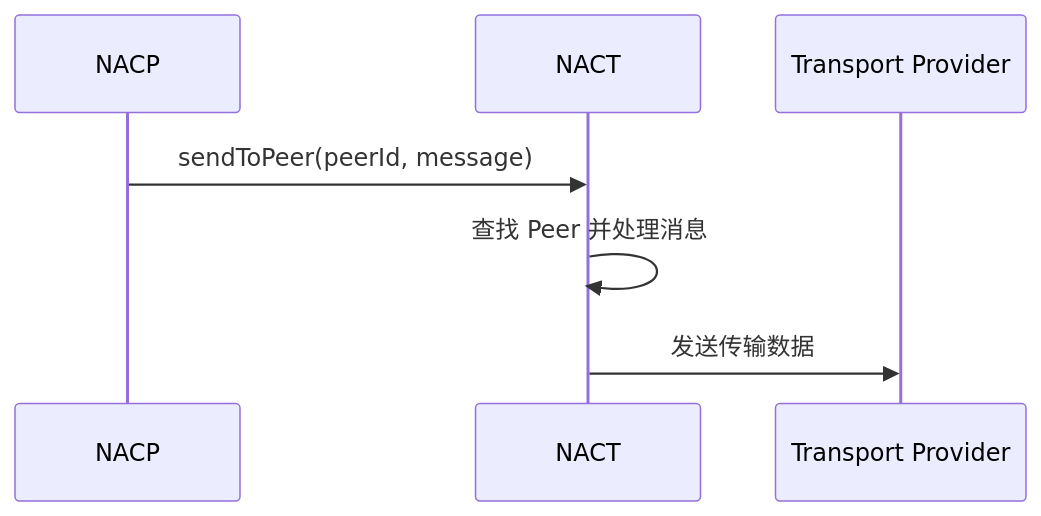
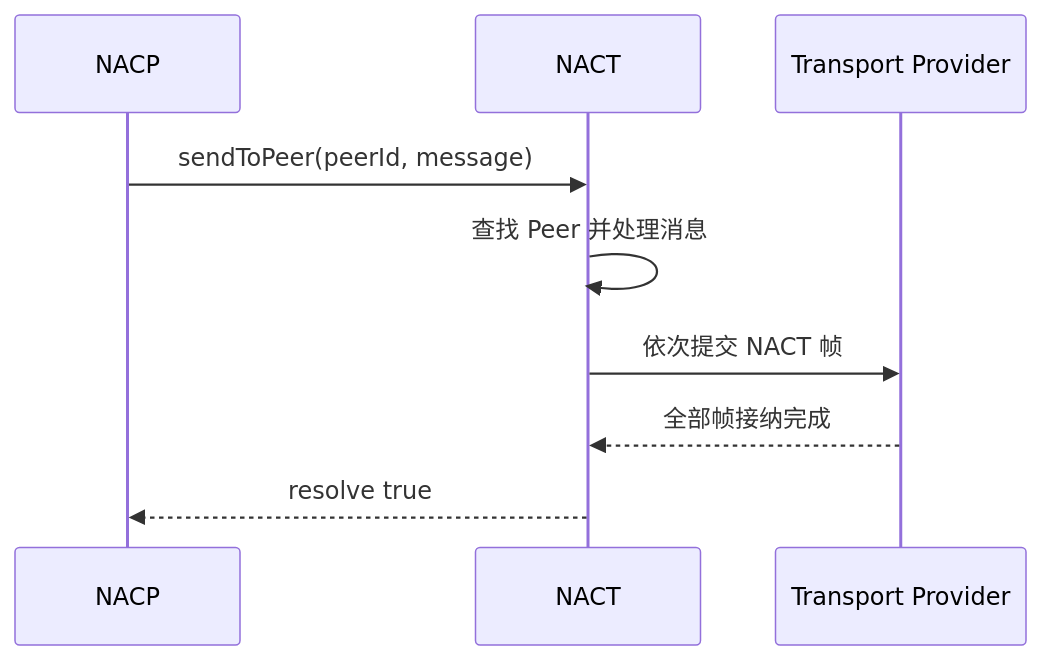
The second of 3 diagrams in docs/transport/nact/inbound-outbound.md (ChenYFan/NASDK), drawn with Mermaid before and after one commit. The commit also changed other lines of this file and 182 other files, not shown here.

````diff
--- a/docs/transport/nact/inbound-outbound.md
+++ b/docs/transport/nact/inbound-outbound.md
@@ -47,10 +44,12 @@
 ```mermaid
 sequenceDiagram
     participant P as NACP
     participant T as NACT
     participant R as Transport Provider
 
     P->>T: sendToPeer(peerId, message)
     T->>T: 查找 Peer 并处理消息
-    T->>R: 发送传输数据
+    T->>R: 依次提交 NACT 帧
+    R-->>T: 全部帧接纳完成
+    T-->>P: resolve true
 ```
````
